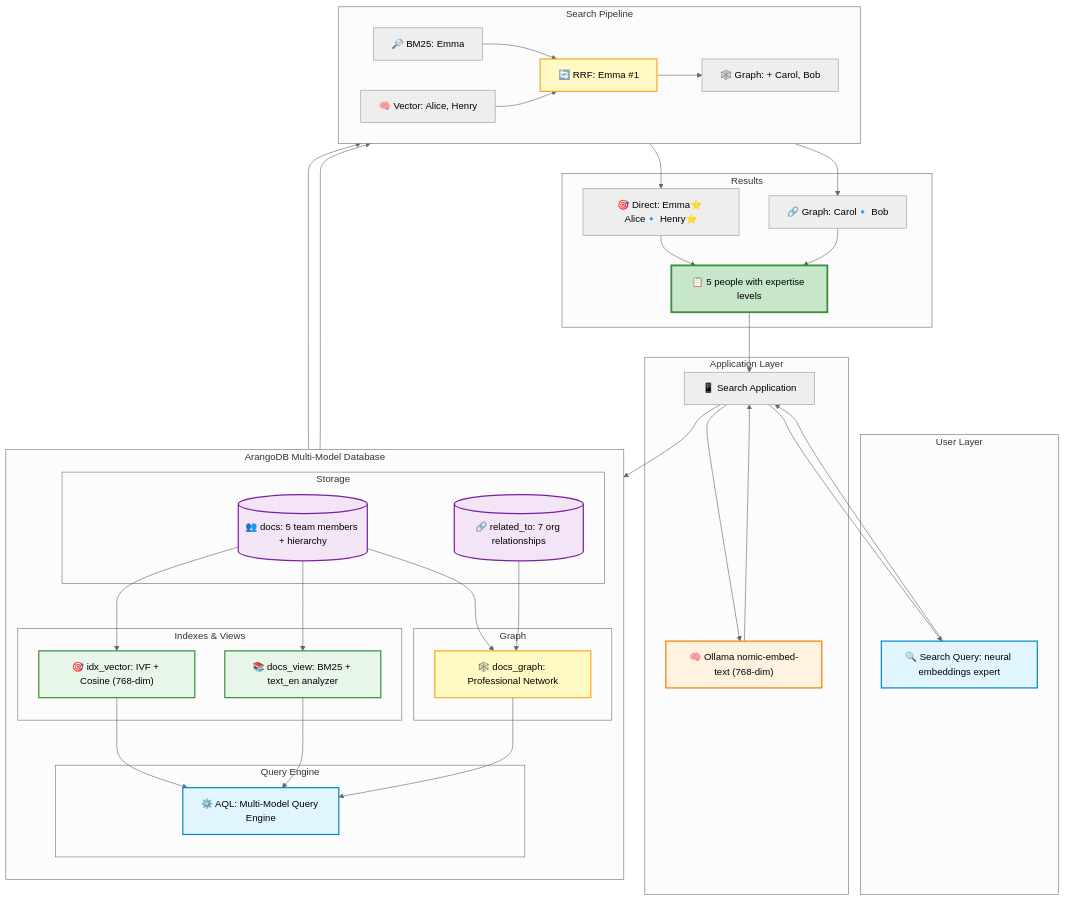
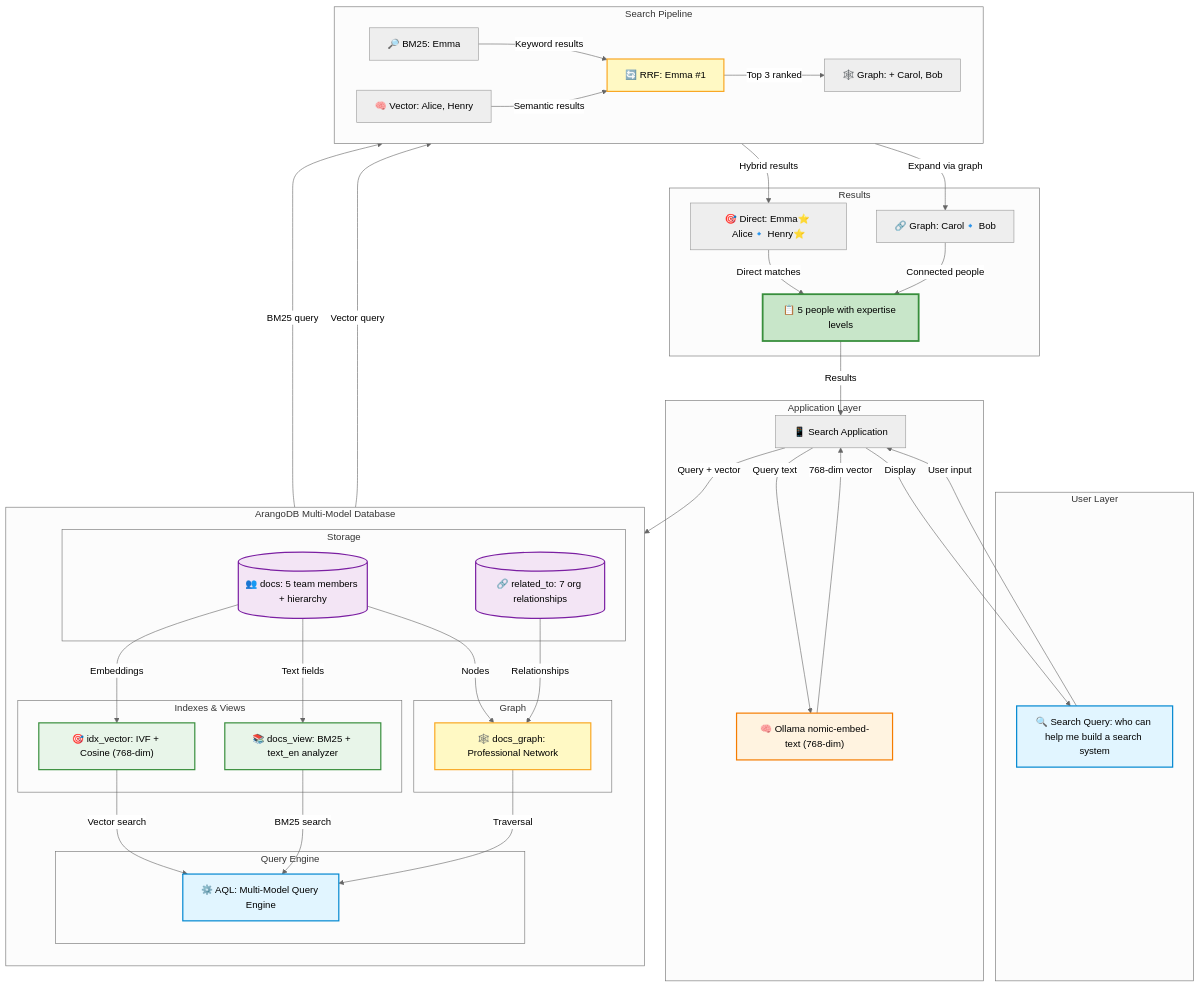
The diagram in 4-hybrid-search/README.md (roypr-ma/rag-demo), drawn with Mermaid (neutral theme) before and after one commit. The commit also changed other lines of this file and 1 other file, not shown here.

````diff
--- a/4-hybrid-search/README.md
+++ b/4-hybrid-search/README.md
@@ -32,7 +32,7 @@
 ```mermaid
 graph TB
     subgraph "User Layer"
-        Q["🔍 Search Query: neural embeddings expert"]
+        Q["🔍 Search Query: who can help me build a search system"]
     end
     
     subgraph "Application Layer"
@@ -69,9 +69,9 @@
         S3["🔄 RRF: Emma #1"]
         S4["🕸️ Graph: + Carol, Bob"]
         
-        S1 --> S3
-        S2 --> S3
-        S3 --> S4
+        S1 -->|Keyword results| S3
+        S2 -->|Semantic results| S3
+        S3 -->|Top 3 ranked| S4
     end
     
     subgraph "Results"
@@ -79,31 +79,31 @@
         R2["🔗 Graph: Carol🔹 Bob"]
         FINAL["📋 5 people with expertise levels"]
         
-        R1 --> FINAL
-        R2 --> FINAL
+        R1 -->|Direct matches| FINAL
+        R2 -->|Connected people| FINAL
     end
     
-    Q --> APP
-    APP --> EMB
-    EMB --> APP
-    APP --> AQL
+    Q -->|User input| APP
+    APP -->|Query text| EMB
+    EMB -->|768-dim vector| APP
+    APP -->|Query + vector| AQL
     
-    DOCS --> VIDX
-    DOCS --> BVIEW
-    DOCS --> GRAPH
-    EDGES --> GRAPH
+    DOCS -->|Embeddings| VIDX
+    DOCS -->|Text fields| BVIEW
+    DOCS -->|Nodes| GRAPH
+    EDGES -->|Relationships| GRAPH
     
-    VIDX --> AQL
-    BVIEW --> AQL
-    GRAPH --> AQL
+    VIDX -->|Vector search| AQL
+    BVIEW -->|BM25 search| AQL
+    GRAPH -->|Traversal| AQL
     
-    AQL --> S1
-    AQL --> S2
-    S4 --> R1
-    S4 --> R2
+    AQL -->|BM25 query| S1
+    AQL -->|Vector query| S2
+    S4 -->|Hybrid results| R1
+    S4 -->|Expand via graph| R2
     
-    FINAL --> APP
-    APP --> Q
+    FINAL -->|Results| APP
+    APP -->|Display| Q
     
     style Q fill:#e1f5ff,stroke:#0288d1,stroke-width:2px
     style EMB fill:#fff3e0,stroke:#f57c00,stroke-width:2px
````
